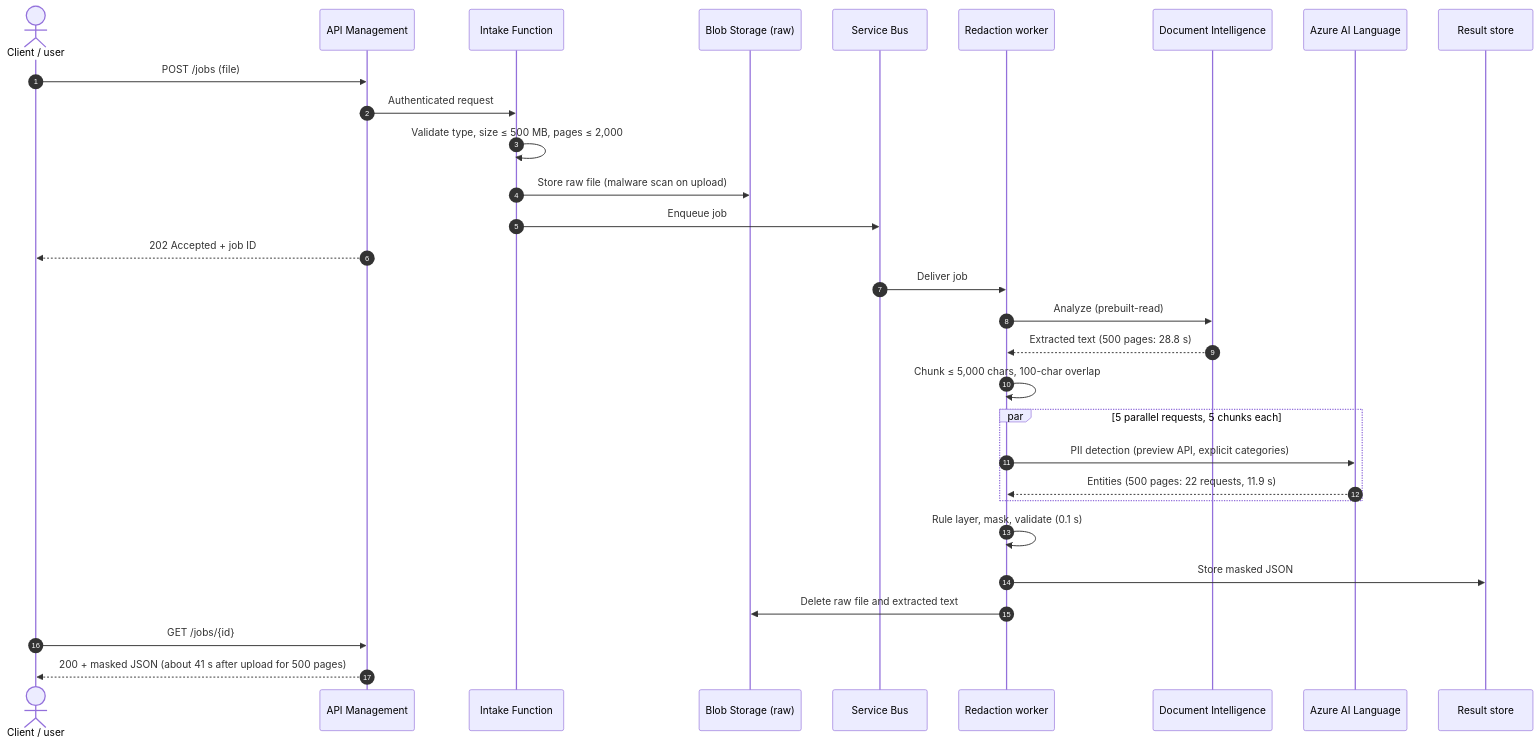
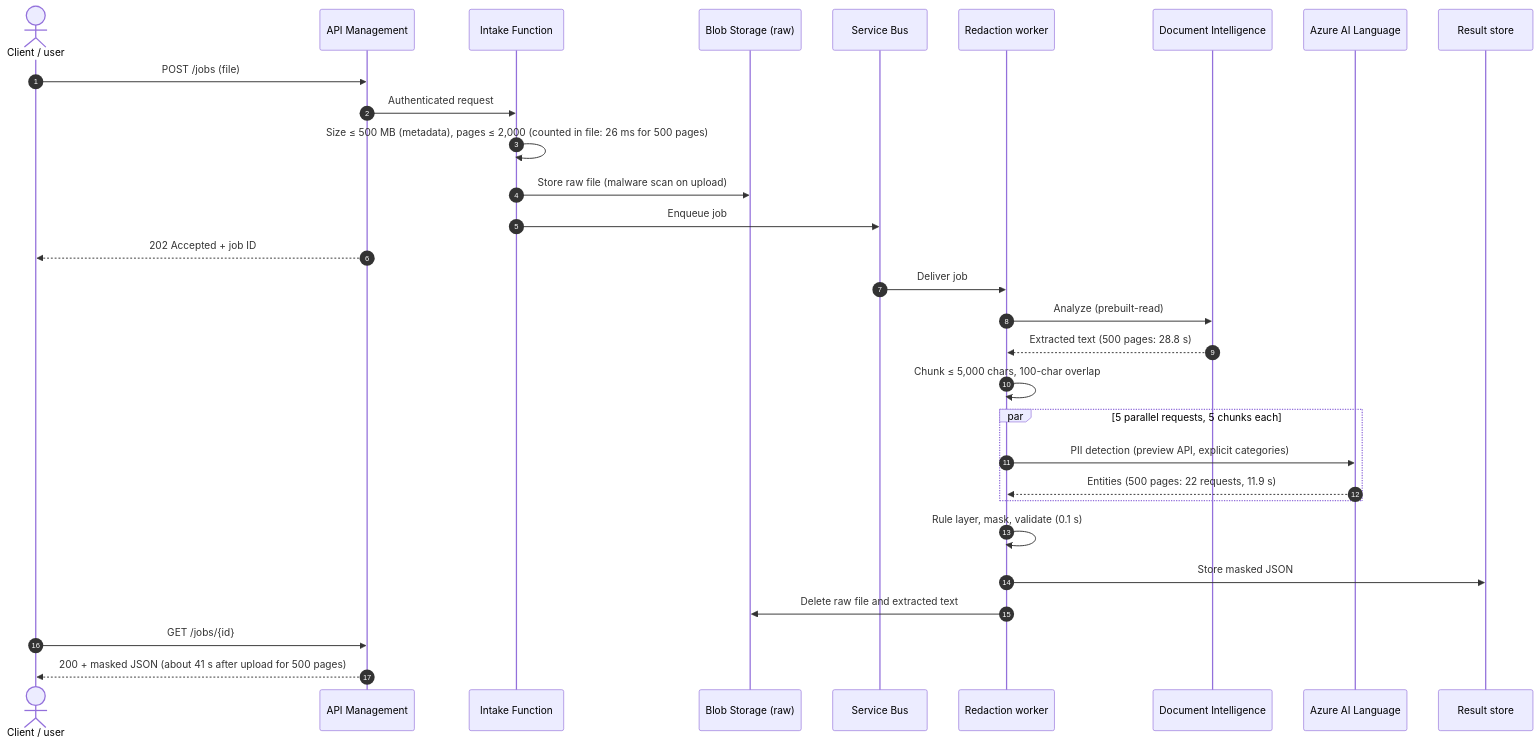
The diagram in docs/architecture.md (kkadapa/pci-pii-document-redaction), drawn with Mermaid before and after one commit. The commit also changed other lines of this file and 5 other files, not shown here.

````diff
--- a/docs/architecture.md
+++ b/docs/architecture.md
@@ -27,33 +27,33 @@
 ```mermaid
 sequenceDiagram
     autonumber
     actor U as Client / user
     participant A as API Management
     participant I as Intake Function
     participant B as Blob Storage (raw)
     participant Q as Service Bus
     participant W as Redaction worker
     participant D as Document Intelligence
     participant L as Azure AI Language
     participant R as Result store
 
     U->>A: POST /jobs (file)
     A->>I: Authenticated request
-    I->>I: Validate type, size ≤ 500 MB, pages ≤ 2,000
+    I->>I: Size ≤ 500 MB (metadata), pages ≤ 2,000 (counted in file: 26 ms for 500 pages)
     I->>B: Store raw file (malware scan on upload)
     I->>Q: Enqueue job
     A-->>U: 202 Accepted + job ID
     Q->>W: Deliver job
     W->>D: Analyze (prebuilt-read)
     D-->>W: Extracted text (500 pages: 28.8 s)
     W->>W: Chunk ≤ 5,000 chars, 100-char overlap
     par 5 parallel requests, 5 chunks each
         W->>L: PII detection (preview API, explicit categories)
         L-->>W: Entities (500 pages: 22 requests, 11.9 s)
     end
     W->>W: Rule layer, mask, validate (0.1 s)
     W->>R: Store masked JSON
     W->>B: Delete raw file and extracted text
     U->>A: GET /jobs/{id}
     A-->>U: 200 + masked JSON (about 41 s after upload for 500 pages)
 ```
````
